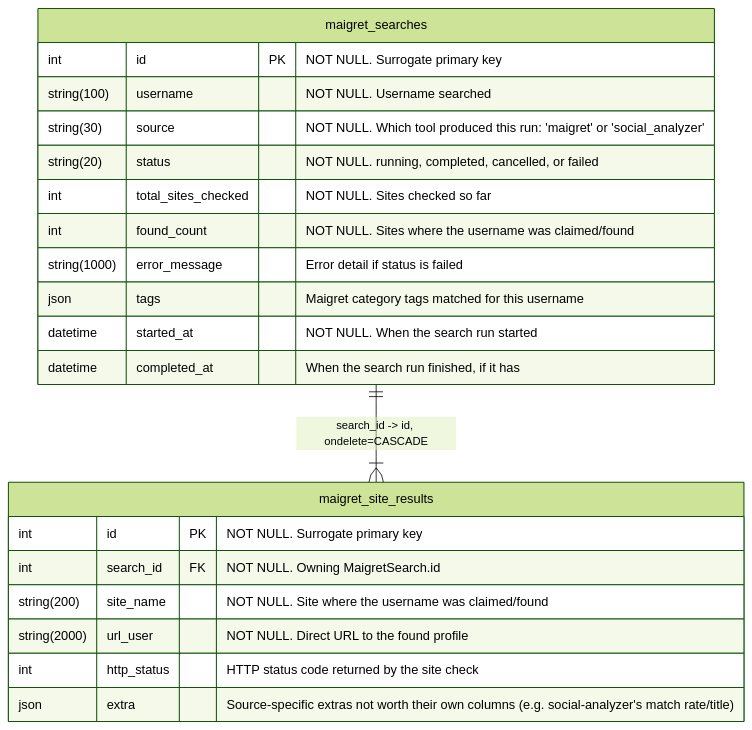
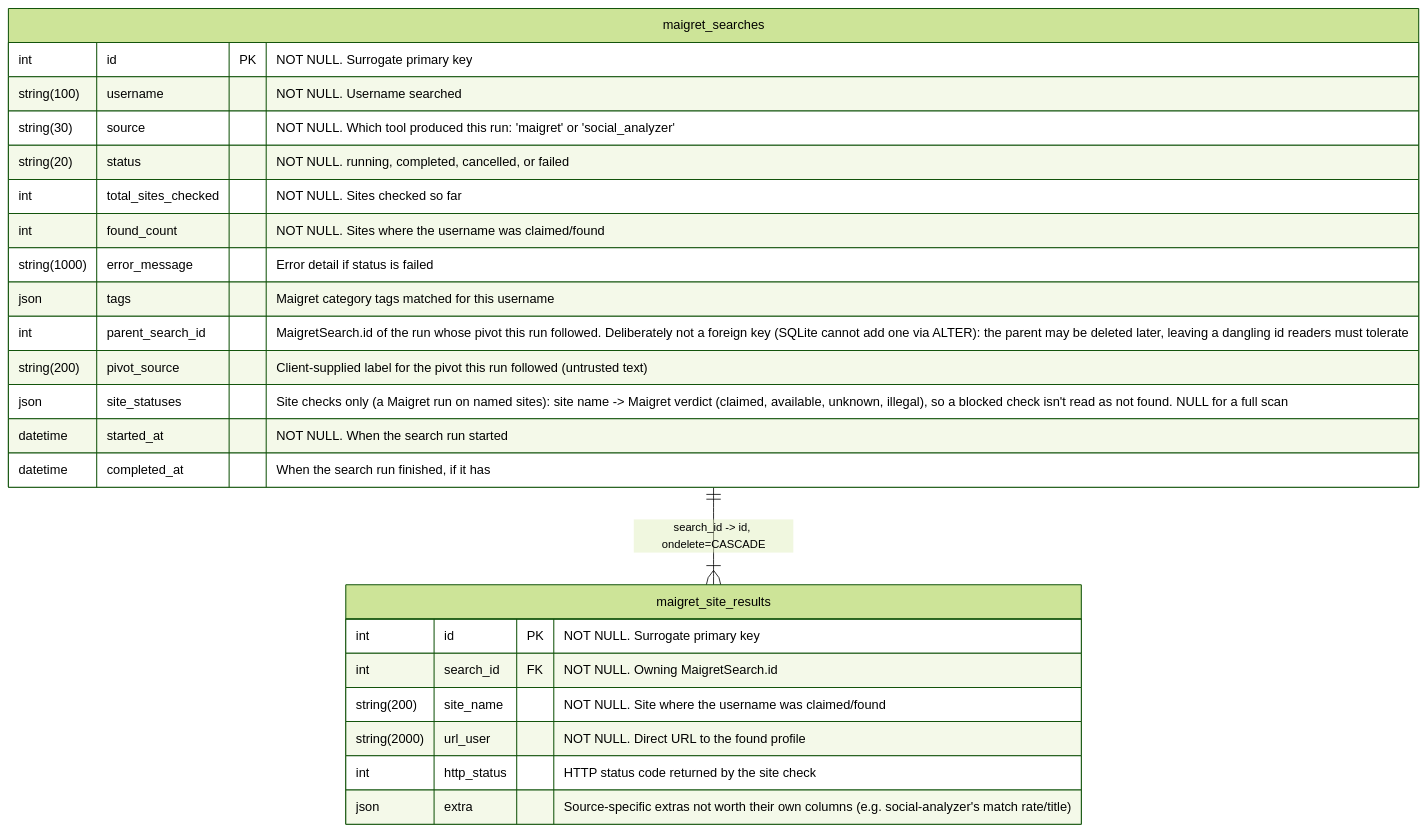
One commit to z0rats/corvid changed the second of 7 diagrams in docs/database-schema.md. Above: the diagram before and after it, drawn with Mermaid (forest theme). The commit also changed other lines of this file and 163 other files, not shown here.

First line of the commit message:
feat: user_scanner email source, username-search pivots/site-check/confidence, newsfeed reliability; docs review and drift gates (#115)

````diff
--- a/docs/database-schema.md
+++ b/docs/database-schema.md
@@ -43,25 +42,28 @@
 ```mermaid
 erDiagram
     maigret_searches {
         int id PK "NOT NULL. Surrogate primary key"
         string(100) username "NOT NULL. Username searched"
         string(30) source "NOT NULL. Which tool produced this run: 'maigret' or 'social_analyzer'"
         string(20) status "NOT NULL. running, completed, cancelled, or failed"
         int total_sites_checked "NOT NULL. Sites checked so far"
         int found_count "NOT NULL. Sites where the username was claimed/found"
         string(1000) error_message "Error detail if status is failed"
         json tags "Maigret category tags matched for this username"
+        int parent_search_id "MaigretSearch.id of the run whose pivot this run followed. Deliberately not a foreign key (SQLite cannot add one via ALTER): the parent may be deleted later, leaving a dangling id readers must tolerate"
+        string(200) pivot_source "Client-supplied label for the pivot this run followed (untrusted text)"
+        json site_statuses "Site checks only (a Maigret run on named sites): site name -> Maigret verdict (claimed, available, unknown, illegal), so a blocked check isn't read as not found. NULL for a full scan"
         datetime started_at "NOT NULL. When the search run started"
         datetime completed_at "When the search run finished, if it has"
     }
     maigret_site_results {
         int id PK "NOT NULL. Surrogate primary key"
         int search_id FK "NOT NULL. Owning MaigretSearch.id"
         string(200) site_name "NOT NULL. Site where the username was claimed/found"
         string(2000) url_user "NOT NULL. Direct URL to the found profile"
         int http_status "HTTP status code returned by the site check"
         json extra "Source-specific extras not worth their own columns (e.g. social-analyzer's match rate/title)"
     }
 
     maigret_searches ||--|{ maigret_site_results : "search_id -> id, ondelete=CASCADE"
 ```
````
